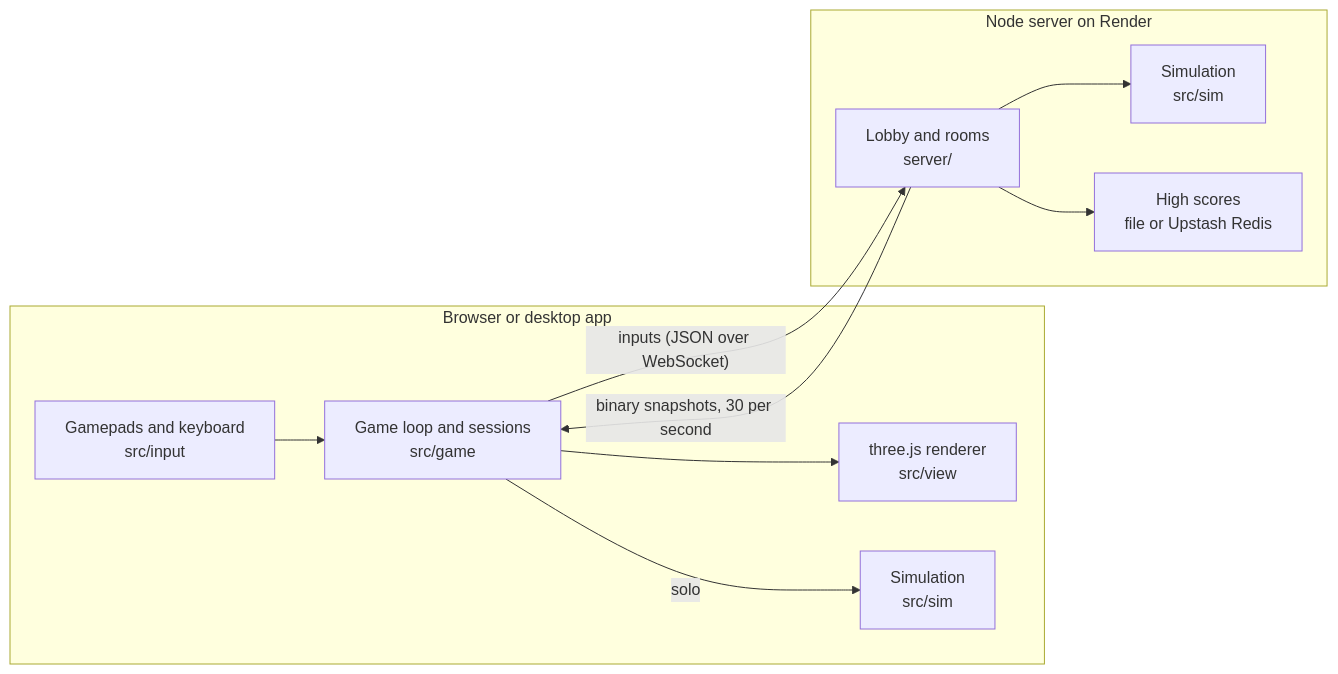
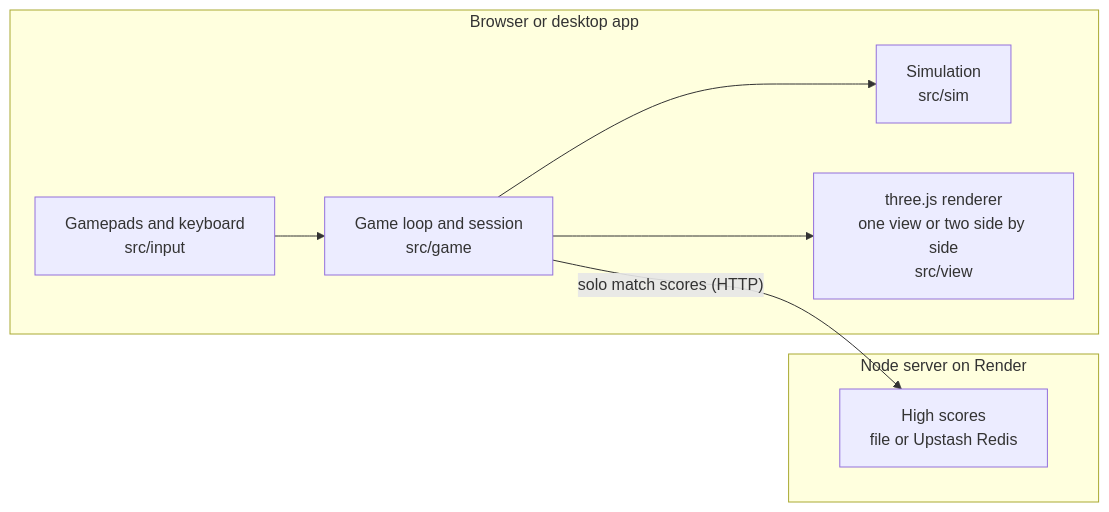
The diagram in README.md (AendeGitHub/UrSimulator), drawn with Mermaid before and after one commit. The commit also changed other lines of this file and 41 other files, not shown here.

First line of the commit message:
Split screen for two gamepads instead of online play

````diff
--- a/README.md
+++ b/README.md
@@ -47,14 +47,12 @@
 ```mermaid
 flowchart LR
   subgraph Client["Browser or desktop app"]
-    Input["Gamepads and keyboard<br/>src/input"] --> Game["Game loop and sessions<br/>src/game"]
-    Game --> View["three.js renderer<br/>src/view"]
-    Game -- solo --> LocalSim["Simulation<br/>src/sim"]
+    Input["Gamepads and keyboard<br/>src/input"] --> Game["Game loop and session<br/>src/game"]
+    Game --> Sim["Simulation<br/>src/sim"]
+    Game --> View["three.js renderer<br/>one view or two side by side<br/>src/view"]
   end
   subgraph Server["Node server on Render"]
-    Rooms["Lobby and rooms<br/>server/"] --> ServerSim["Simulation<br/>src/sim"]
-    Rooms --> Records["High scores<br/>file or Upstash Redis"]
+    Records["High scores<br/>file or Upstash Redis"]
   end
-  Game -- "inputs (JSON over WebSocket)" --> Rooms
-  Rooms -- "binary snapshots, 30 per second" --> Game
+  Game -- "solo match scores (HTTP)" --> Records
 ```
````
